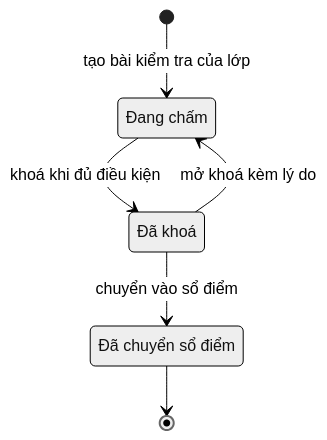
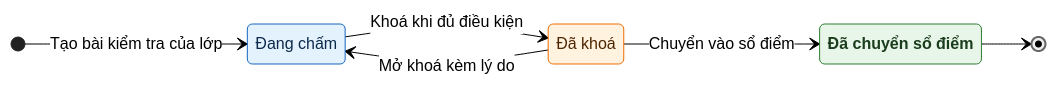
One commit to luckyshopvn/school_management changed diagram 16 of 17 in tai_lieu/34_TONG_HOP_CHUC_NANG_HE_THONG/03_DAY_HOC_VA_KIEM_TRA_DANH_GIA.md. Above: the diagram before and after it, drawn with Mermaid (neutral theme). The commit also changed other lines of this file and 8 other files, not shown here.

````diff
--- a/tai_lieu/34_TONG_HOP_CHUC_NANG_HE_THONG/03_DAY_HOC_VA_KIEM_TRA_DANH_GIA.md
+++ b/tai_lieu/34_TONG_HOP_CHUC_NANG_HE_THONG/03_DAY_HOC_VA_KIEM_TRA_DANH_GIA.md
@@ -610,11 +1051,23 @@
 ```mermaid
 stateDiagram-v2
-    state "Đang chấm" as grading
-    state "Đã khoá" as locked
-    state "Đã chuyển sổ điểm" as transferred
-    [*] --> grading : tạo bài kiểm tra của lớp
-    grading --> locked : khoá khi đủ điều kiện
-    locked --> grading : mở khoá kèm lý do
-    locked --> transferred : chuyển vào sổ điểm
-    transferred --> [*]
+  direction LR
+  classDef nhap fill:#eceff1,stroke:#546e7a,color:#263238
+  classDef cho fill:#fff3e0,stroke:#ef6c00,color:#4e2600
+  classDef dang fill:#e3f2fd,stroke:#1565c0,color:#0d2a4a
+  classDef xong fill:#e8f5e9,stroke:#2e7d32,color:#1b3d1d,font-weight:bold
+  classDef huy fill:#ffebee,stroke:#c62828,color:#5f0000
+
+  state "Đang chấm" as grading
+  state "Đã khoá" as locked
+  state "Đã chuyển sổ điểm" as transferred
+
+  [*] --> grading : Tạo bài kiểm tra của lớp
+  grading --> locked : Khoá khi đủ điều kiện
+  locked --> grading : Mở khoá kèm lý do
+  locked --> transferred : Chuyển vào sổ điểm
+  transferred --> [*]
+
+  class grading dang
+  class locked cho
+  class transferred xong
 ```
````
